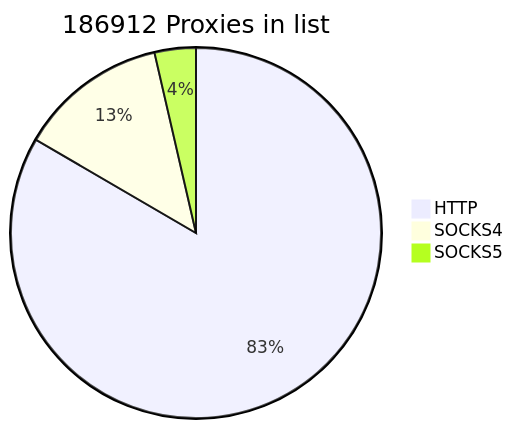
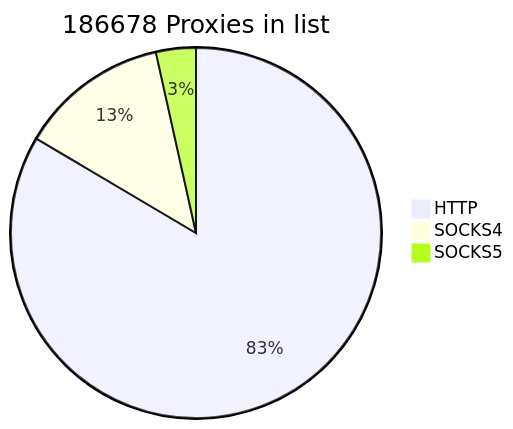
Before and after one commit to cutipu/proxylist: the first of 2 diagrams in README.md, drawn with Mermaid. The commit also changed other lines of this file, not shown here.

````diff
--- a/README.md
+++ b/README.md
@@ -2,7 +2,7 @@
 ```mermaid
-pie title 186912 Proxies in list
+pie title 186678 Proxies in list
     "HTTP" : 155875
-    "SOCKS4" : 24304
-    "SOCKS5" : 6733
+    "SOCKS4" : 24305
+    "SOCKS5" : 6498
             
 ```
````
